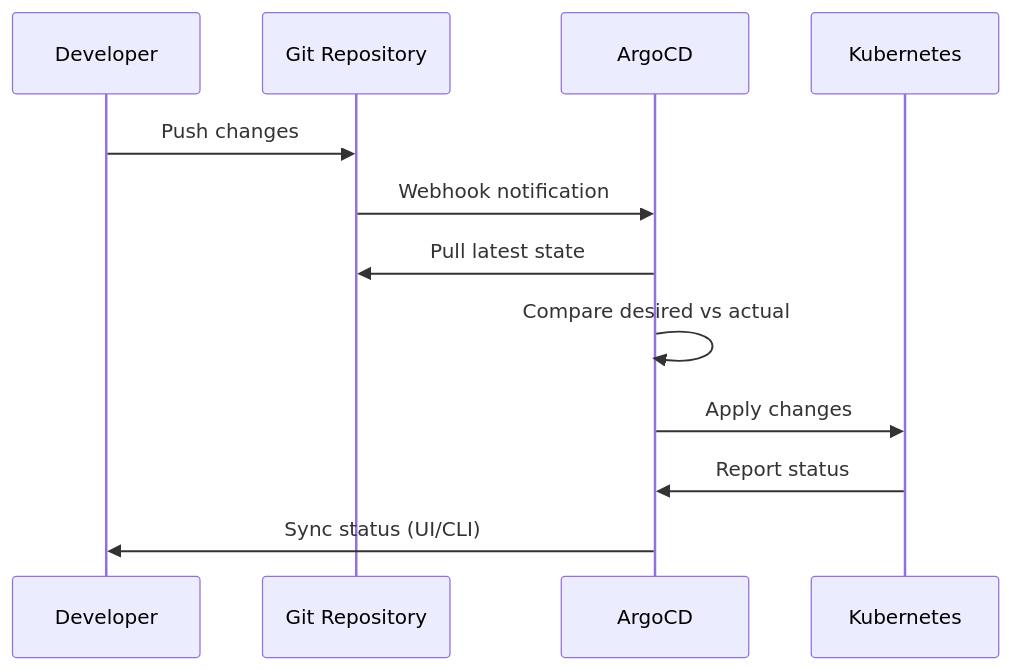
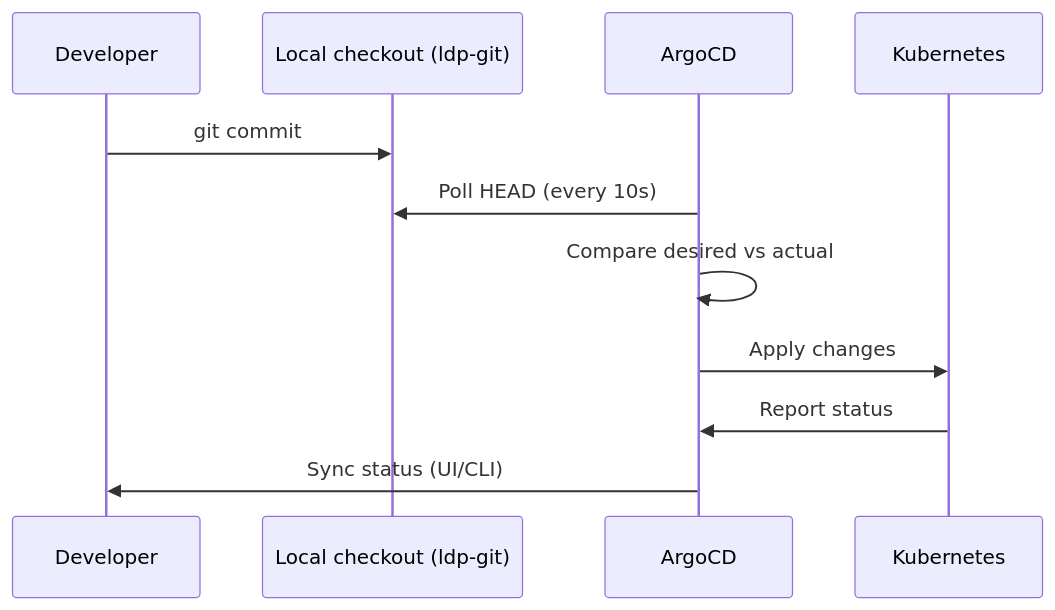
Before and after one commit to BillyMichael/local-developer-platform: the second of 3 diagrams in docs/architecture/overview.md, drawn with Mermaid. The commit also changed other lines of this file and 9 other files, not shown here.

First line of the commit message:
✨ feat(gitops): deploy the platform from the local checkout, not GitHub

````diff
--- a/docs/architecture/overview.md
+++ b/docs/architecture/overview.md
@@ -99,15 +109,14 @@
 ```mermaid
 sequenceDiagram
     participant Dev as Developer
-    participant Git as Git Repository
+    participant Git as Local checkout (ldp-git)
     participant ArgoCD as ArgoCD
     participant K8s as Kubernetes
 
-    Dev->>Git: Push changes
-    Git->>ArgoCD: Webhook notification
-    ArgoCD->>Git: Pull latest state
+    Dev->>Git: git commit
+    ArgoCD->>Git: Poll HEAD (every 10s)
     ArgoCD->>ArgoCD: Compare desired vs actual
     ArgoCD->>K8s: Apply changes
     K8s->>ArgoCD: Report status
     ArgoCD->>Dev: Sync status (UI/CLI)
 ```
````
